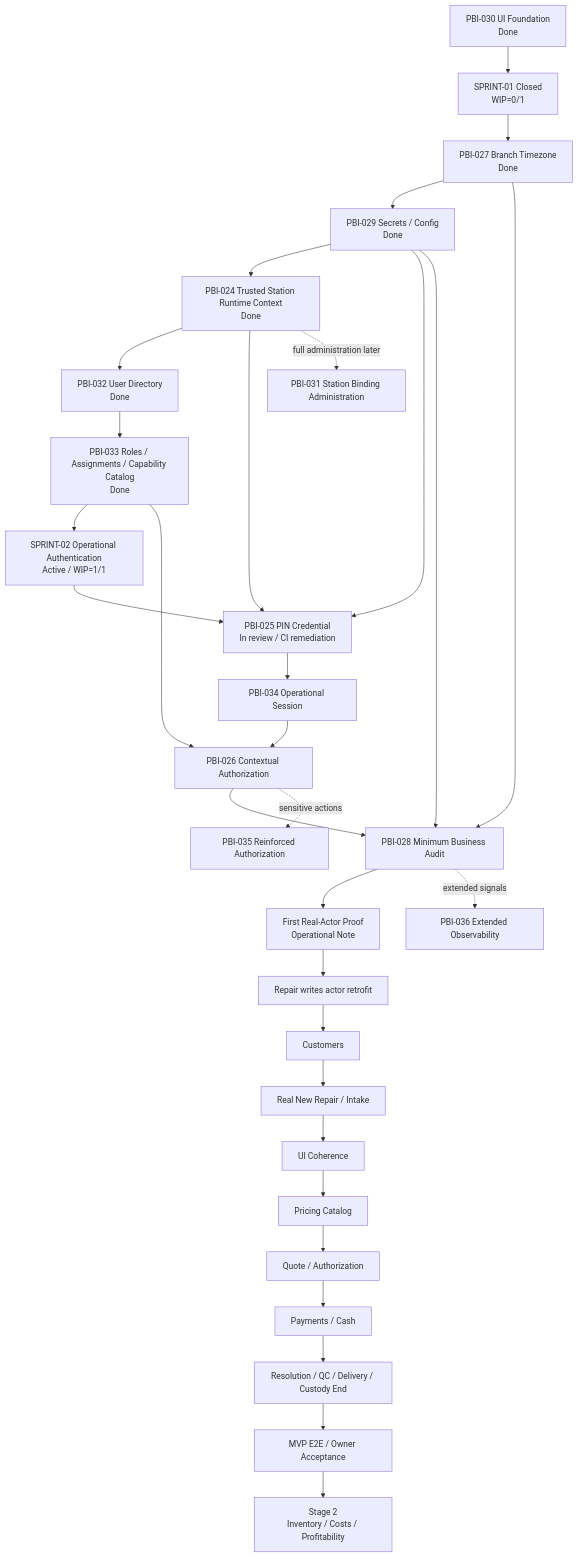
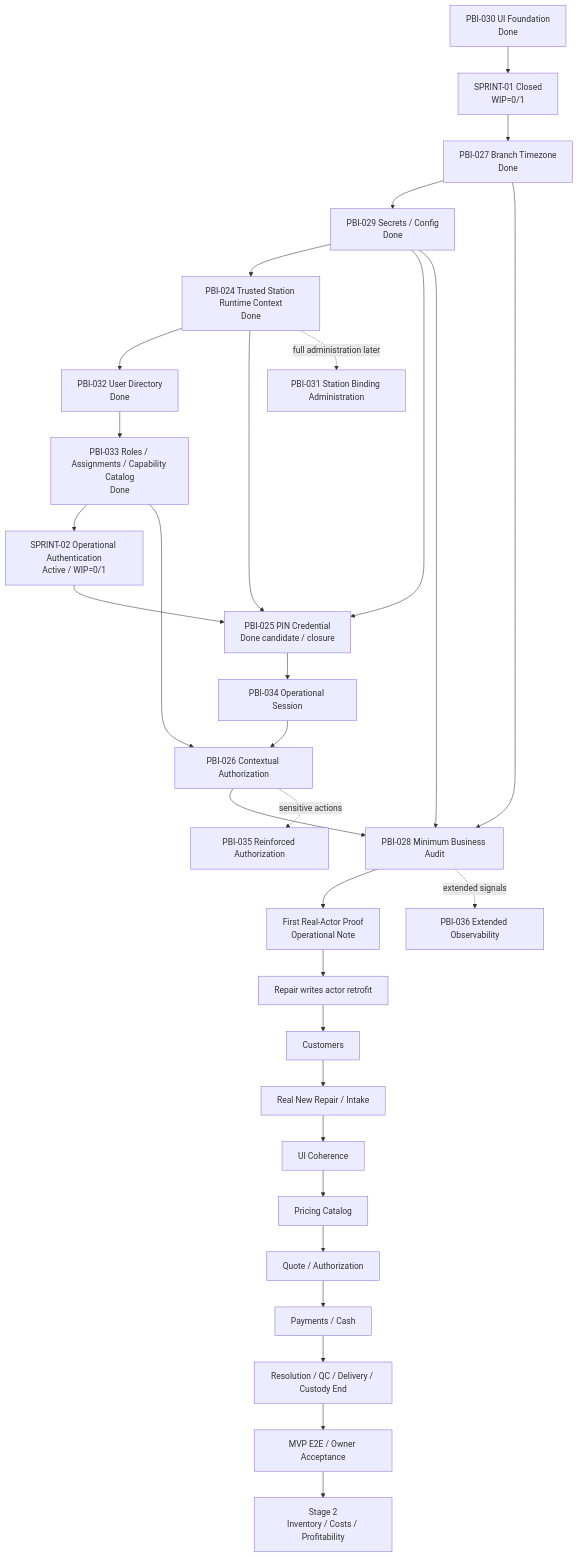
Before and after one commit to luisgtzaviles/SrTaller-2.0: the diagram in docs/backlog/DEPENDENCY_MAP.md, drawn with Mermaid. The commit also changed other lines of this file and 24 other files, not shown here.

Commit message:
docs: close pbi-025 and advance roadmap

````diff
--- a/docs/backlog/DEPENDENCY_MAP.md
+++ b/docs/backlog/DEPENDENCY_MAP.md
@@ -13,33 +13,33 @@
 ```mermaid
 flowchart TD
     P30[PBI-030 UI Foundation<br/>Done] --> S1[SPRINT-01 Closed<br/>WIP=0/1]
     S1 --> P27[PBI-027 Branch Timezone<br/>Done]
     P27 --> P29[PBI-029 Secrets / Config<br/>Done]
     P29 --> P24[PBI-024 Trusted Station Runtime Context<br/>Done]
     P24 --> P32[PBI-032 User Directory<br/>Done]
     P32 --> P33[PBI-033 Roles / Assignments / Capability Catalog<br/>Done]
-    P33 --> S2[SPRINT-02 Operational Authentication<br/>Active / WIP=1/1]
-    S2 --> P25[PBI-025 PIN Credential<br/>In review / CI remediation]
+    P33 --> S2[SPRINT-02 Operational Authentication<br/>Active / WIP=0/1]
+    S2 --> P25[PBI-025 PIN Credential<br/>Done candidate / closure]
     P24 --> P25
     P29 --> P25
     P25 --> P34[PBI-034 Operational Session]
     P34 --> P26[PBI-026 Contextual Authorization]
     P33 --> P26
     P26 --> P28[PBI-028 Minimum Business Audit]
     P27 --> P28
     P29 --> P28
     P28 --> NOTE[First Real-Actor Proof<br/>Operational Note]
     NOTE --> RETRO[Repair writes actor retrofit]
     RETRO --> CUSTOMERS[Customers]
     CUSTOMERS --> INTAKE[Real New Repair / Intake]
     INTAKE --> POLISH[UI Coherence]
     POLISH --> PRICING[Pricing Catalog]
     PRICING --> QUOTE[Quote / Authorization]
     QUOTE --> MONEY[Payments / Cash]
     MONEY --> DELIVERY[Resolution / QC / Delivery / Custody End]
     DELIVERY --> MVP[MVP E2E / Owner Acceptance]
     P24 -. full administration later .-> P31[PBI-031 Station Binding Administration]
     P26 -. sensitive actions .-> P35[PBI-035 Reinforced Authorization]
     P28 -. extended signals .-> P36[PBI-036 Extended Observability]
     MVP --> STAGE2[Stage 2<br/>Inventory / Costs / Profitability]
 ```
````
